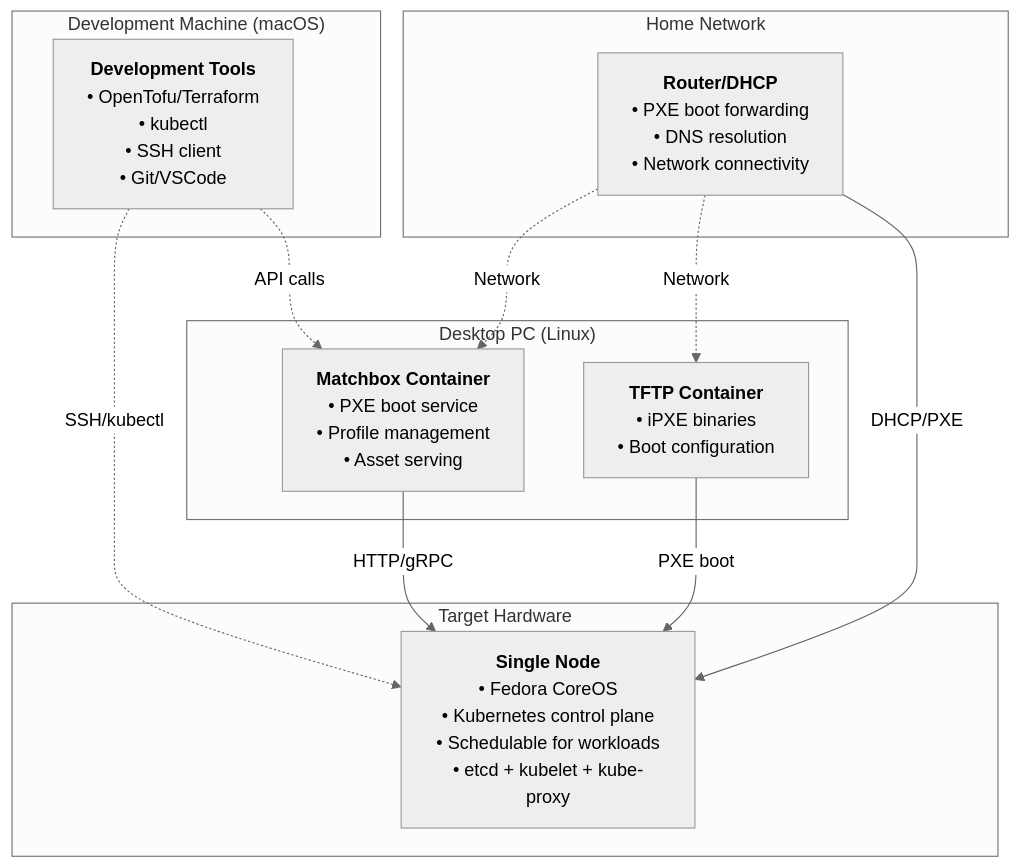
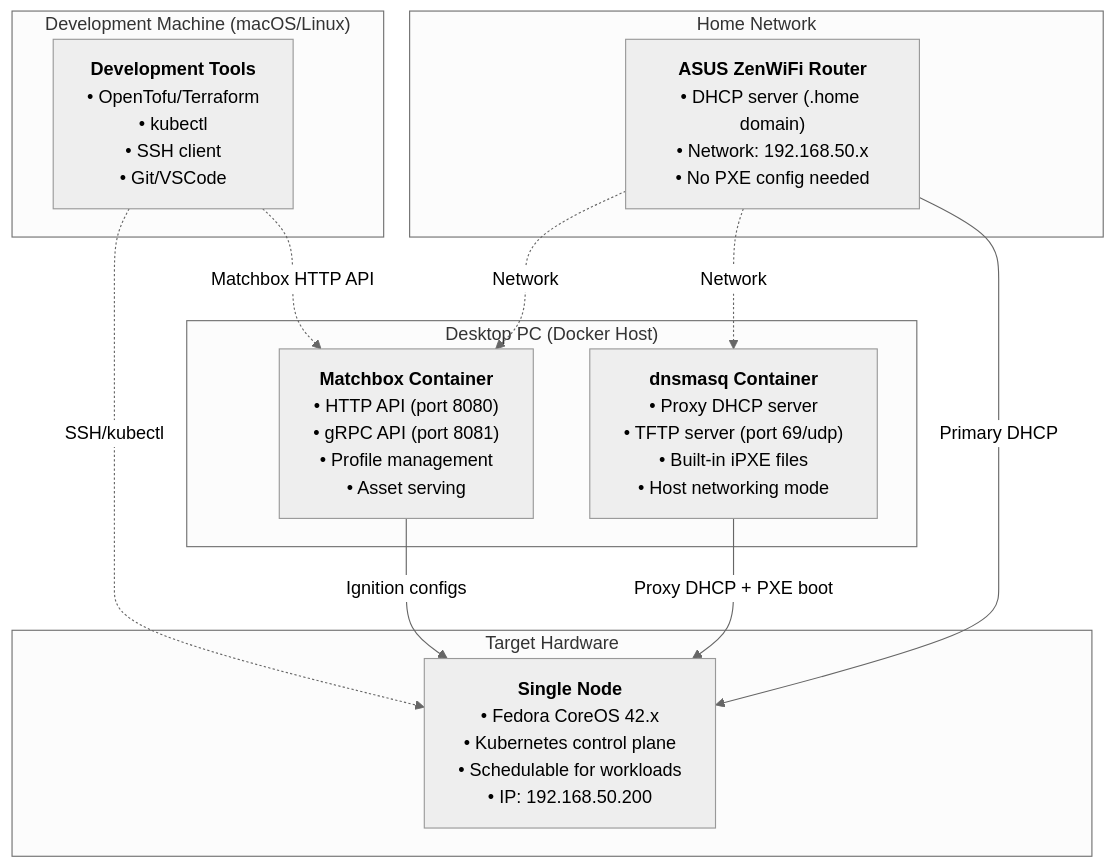
Before and after one commit to lancehampton/typhoon-homelab: the diagram in README.md, drawn with Mermaid (neutral theme).

Commit message:
update diagram

````diff
--- a/README.md
+++ b/README.md
@@ -18,43 +18,46 @@
 ```mermaid
 graph TB
-    subgraph "Development Machine (macOS)"
+    subgraph "Development Machine (macOS/Linux)"
         DEV["`**Development Tools**
         • OpenTofu/Terraform
         • kubectl
         • SSH client
         • Git/VSCode`"]
     end
 
-    subgraph "Desktop PC (Linux)"
+    subgraph "Desktop PC (Docker Host)"
         MATCHBOX["`**Matchbox Container**
-        • PXE boot service
+        • HTTP API (port 8080)
+        • gRPC API (port 8081)
         • Profile management
         • Asset serving`"]
-        TFTP["`**TFTP Container**
-        • iPXE binaries
-        • Boot configuration`"]
+        DNSMASQ["`**dnsmasq Container**
+        • Proxy DHCP server
+        • TFTP server (port 69/udp)
+        • Built-in iPXE files
+        • Host networking mode`"]
     end
 
     subgraph "Target Hardware"
         NODE["`**Single Node**
-        • Fedora CoreOS
+        • Fedora CoreOS 42.x
         • Kubernetes control plane
         • Schedulable for workloads
-        • etcd + kubelet + kube-proxy`"]
+        • IP: 192.168.50.200`"]
     end
 
     subgraph "Home Network"
-        ROUTER["`**Router/DHCP**
-        • PXE boot forwarding
-        • DNS resolution
-        • Network connectivity`"]
+        ROUTER["`**ASUS ZenWiFi Router**
+        • DHCP server (.home domain)
+        • Network: 192.168.50.x
+        • No PXE config needed`"]
     end
 
     DEV -.->|SSH/kubectl| NODE
-    DEV -.->|API calls| MATCHBOX
-    MATCHBOX -->|HTTP/gRPC| NODE
-    TFTP -->|PXE boot| NODE
-    ROUTER -->|DHCP/PXE| NODE
+    DEV -.->|Matchbox HTTP API| MATCHBOX
+    MATCHBOX -->|Ignition configs| NODE
+    DNSMASQ -->|Proxy DHCP + PXE boot| NODE
+    ROUTER -->|Primary DHCP| NODE
     ROUTER -.->|Network| MATCHBOX
-    ROUTER -.->|Network| TFTP
+    ROUTER -.->|Network| DNSMASQ
 ```
````
